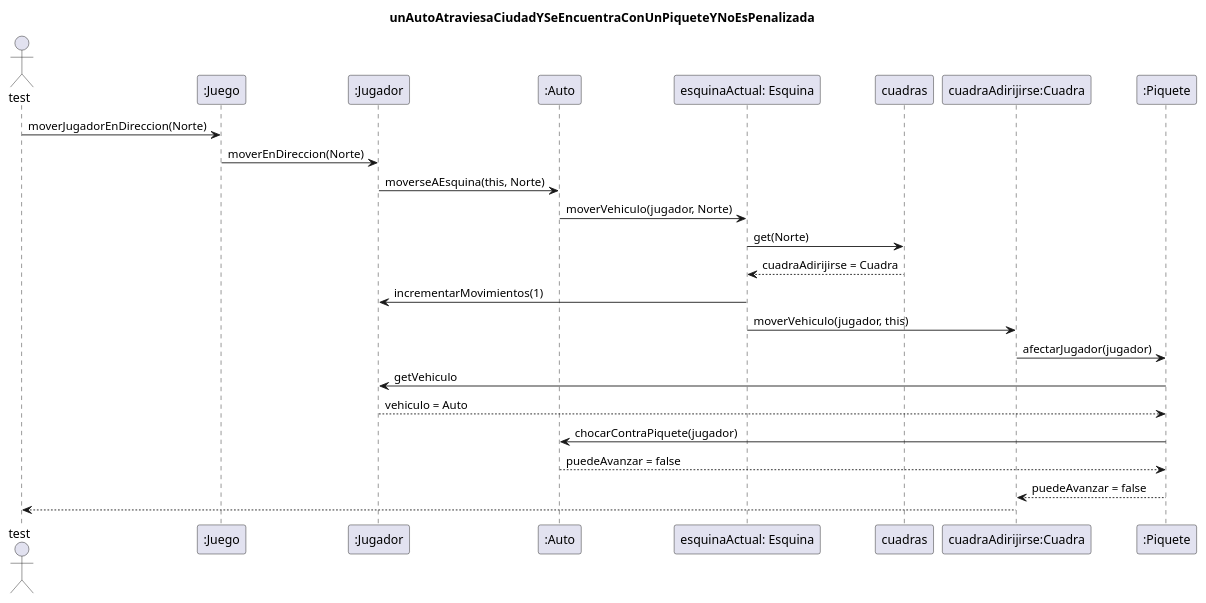
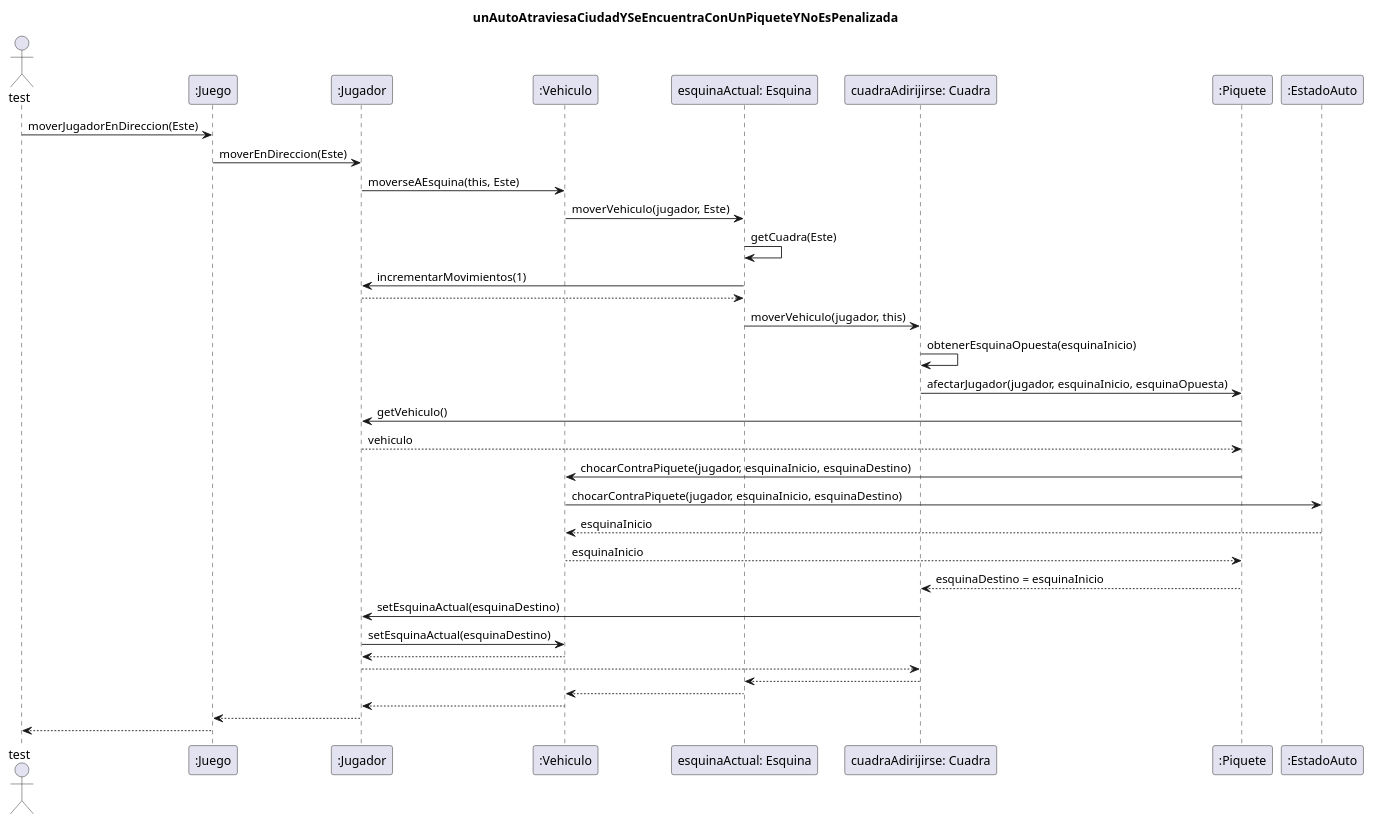
One commit to TP2Algo3FIUBA/tp2 changed the diagram in diagrams/sequences/entrega01/CasoDeUso05.plantuml. Above: the diagram before and after it, drawn with PlantUML. The commit also changed 8 other files, not shown here.

Commit message:
Actualizacion diagrama secuencia UML

```diff
--- a/diagrams/sequences/entrega01/CasoDeUso05.plantuml
+++ b/diagrams/sequences/entrega01/CasoDeUso05.plantuml
@@ -1,21 +1,36 @@
 @startuml
 title: unAutoAtraviesaCiudadYSeEncuentraConUnPiqueteYNoEsPenalizada
 
 Actor test
-test -> ":Juego" : moverJugadorEnDireccion(Norte)
-":Juego" -> ":Jugador": moverEnDireccion(Norte)
-":Jugador" -> ":Auto" : moverseAEsquina(this, Norte)
-":Auto"  -> "esquinaActual: Esquina" : moverVehiculo(jugador, Norte)
-"esquinaActual: Esquina" -> cuadras : get(Norte)
-"esquinaActual: Esquina" <-- cuadras : cuadraAdirijirse = Cuadra
+test -> ":Juego" : moverJugadorEnDireccion(Este)
+":Juego" -> ":Jugador"  : moverEnDireccion(Este)
+":Jugador"  -> ":Vehiculo" : moverseAEsquina(this, Este)
+":Vehiculo" -> "esquinaActual: Esquina" : moverVehiculo(jugador, Este)
+"esquinaActual: Esquina" -> "esquinaActual: Esquina" : getCuadra(Este)
 "esquinaActual: Esquina" -> ":Jugador" : incrementarMovimientos(1)
-"esquinaActual: Esquina" -> "cuadraAdirijirse:Cuadra" : moverVehiculo(jugador, this)
-"cuadraAdirijirse:Cuadra" -> ":Piquete"  : afectarJugador(jugador)
-":Piquete" -> ":Jugador" : getVehiculo
-":Piquete"  <-- ":Jugador" : vehiculo = Auto
-":Piquete"  -> ":Auto"  : chocarContraPiquete(jugador)
-":Piquete"  <-- ":Auto"  : puedeAvanzar = false
-"cuadraAdirijirse:Cuadra" <-- ":Piquete" : puedeAvanzar = false
+return
 
-test <-- "cuadraAdirijirse:Cuadra"
+"esquinaActual: Esquina" -> "cuadraAdirijirse: Cuadra" : moverVehiculo(jugador, this)
+"cuadraAdirijirse: Cuadra" -> "cuadraAdirijirse: Cuadra" : obtenerEsquinaOpuesta(esquinaInicio)
+"cuadraAdirijirse: Cuadra" -> ":Piquete" : afectarJugador(jugador, esquinaInicio, esquinaOpuesta)
+
+":Piquete" -> ":Jugador" : getVehiculo()
+return vehiculo
+":Piquete" -> ":Vehiculo" : chocarContraPiquete(jugador, esquinaInicio, esquinaDestino)
+":Vehiculo" -> ":EstadoAuto" : chocarContraPiquete(jugador, esquinaInicio, esquinaDestino)
+":EstadoAuto" --> ":Vehiculo" : esquinaInicio
+":Vehiculo" --> ":Piquete" : esquinaInicio
+
+":Piquete" --> "cuadraAdirijirse: Cuadra" : esquinaDestino = esquinaInicio
+"cuadraAdirijirse: Cuadra" -> ":Jugador" : setEsquinaActual(esquinaDestino)
+":Jugador" -> ":Vehiculo" : setEsquinaActual(esquinaDestino)
+
+return
+":Jugador" --> "cuadraAdirijirse: Cuadra"
+"cuadraAdirijirse: Cuadra" --> "esquinaActual: Esquina"
+"esquinaActual: Esquina" --> ":Vehiculo"
+":Vehiculo" --> ":Jugador"
+":Jugador" --> ":Juego"
+":Juego" --> test
+
 @enduml
```
